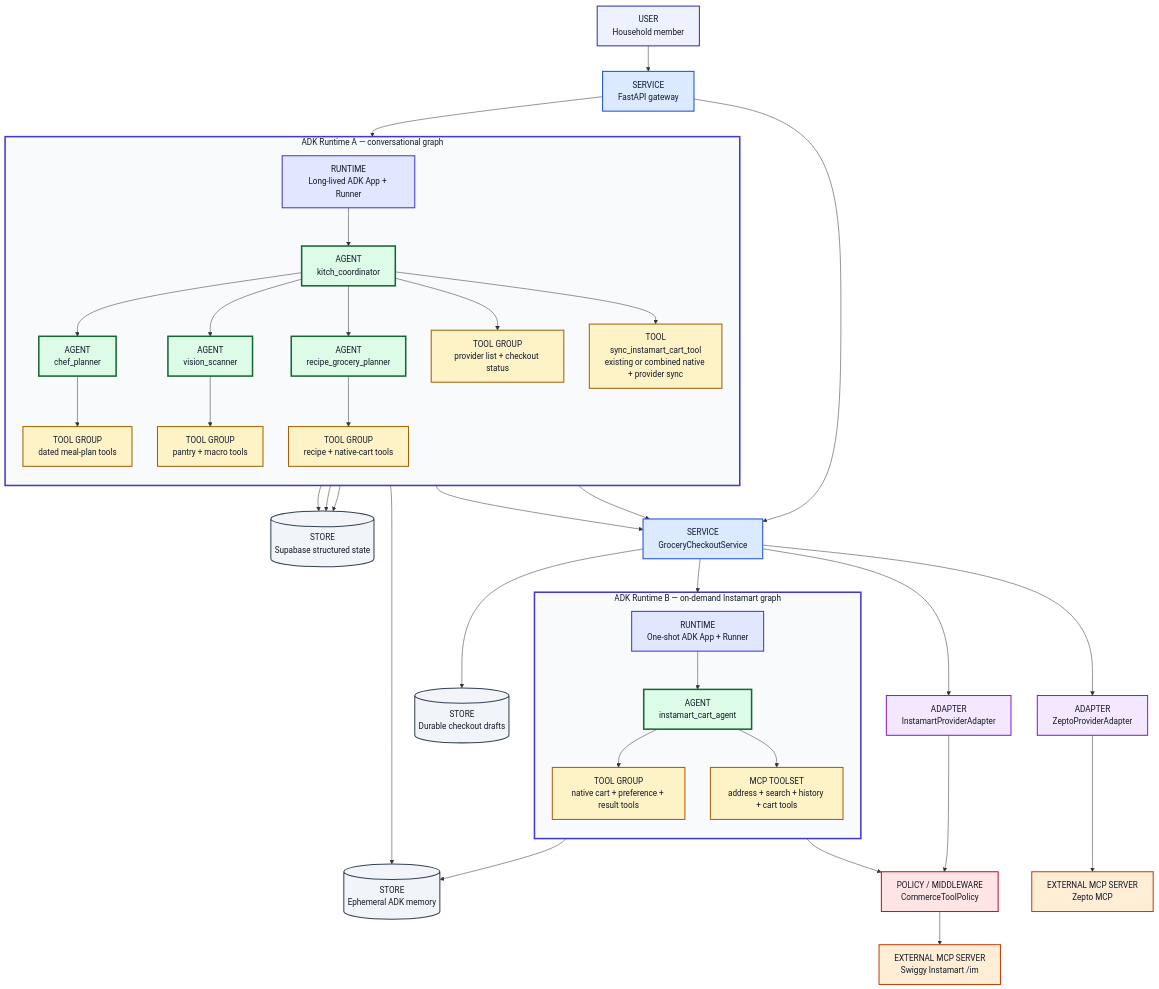
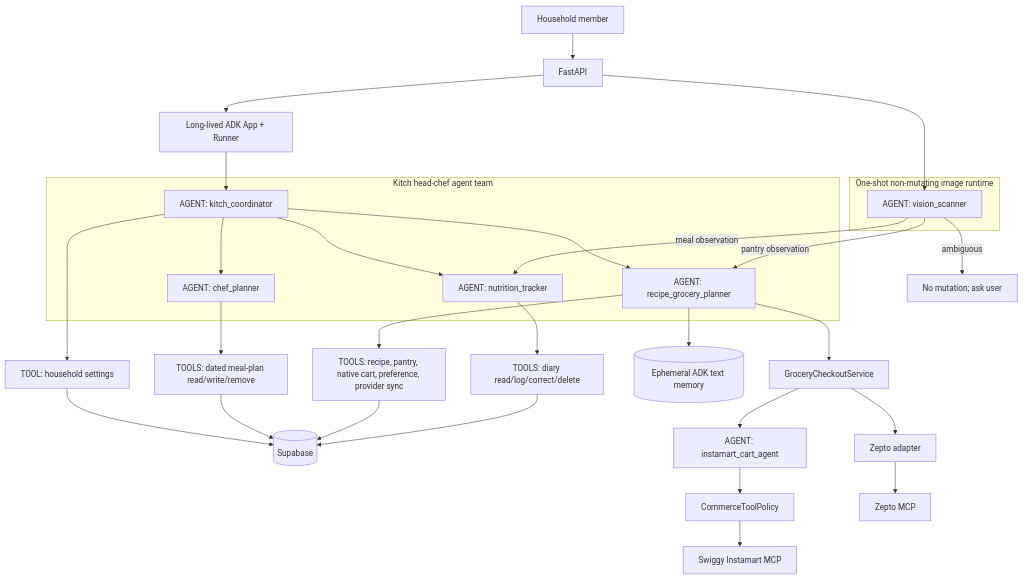
One commit to architworks/meal_and_grocery_agent changed the diagram in docs/ai_agent_architecture.md. Above: the diagram before and after it, drawn with Mermaid. The commit also changed other lines of this file and 26 other files, not shown here.

First line of the commit message:
[feat] Add head-chef capabilities and complete pantry management

````diff
--- a/docs/ai_agent_architecture.md
+++ b/docs/ai_agent_architecture.md
@@ -36,75 +7,37 @@
 ```mermaid
 flowchart TB
-    User["USER<br/>Household member"]:::user --> API["SERVICE<br/>FastAPI gateway"]:::service
-
-    subgraph MainADK["ADK Runtime A — conversational graph"]
-        direction TB
-        MainRunner["RUNTIME<br/>Long-lived ADK App + Runner"]:::runtime
-        Coordinator["AGENT<br/>kitch_coordinator"]:::agent
-        Chef["AGENT<br/>chef_planner"]:::agent
-        Vision["AGENT<br/>vision_scanner"]:::agent
-        RecipeGrocery["AGENT<br/>recipe_grocery_planner"]:::agent
-
-        MainRunner --> Coordinator
+    User[Household member] --> API[FastAPI]
+    API --> MainRunner[Long-lived ADK App + Runner]
+    subgraph Team[Kitch head-chef agent team]
+        Coordinator[AGENT: kitch_coordinator]
+        Chef[AGENT: chef_planner]
+        Recipe[AGENT: recipe_grocery_planner]
+        Nutrition[AGENT: nutrition_tracker]
         Coordinator --> Chef
-        Coordinator --> Vision
-        Coordinator --> RecipeGrocery
-
-        MealTools["TOOL GROUP<br/>dated meal-plan tools"]:::tool
-        VisionTools["TOOL GROUP<br/>pantry + macro tools"]:::tool
-        RecipeTools["TOOL GROUP<br/>recipe + native-cart tools"]:::tool
-        ProviderReadTools["TOOL GROUP<br/>provider list + checkout status"]:::tool
-        SyncInstamart["TOOL<br/>sync_instamart_cart_tool<br/>existing or combined native + provider sync"]:::tool
-
-        Chef --> MealTools
-        Vision --> VisionTools
-        RecipeGrocery --> RecipeTools
-        Coordinator --> ProviderReadTools
-        Coordinator --> SyncInstamart
+        Coordinator --> Recipe
+        Coordinator --> Nutrition
     end
-
-    API --> MainRunner
-
-    MealTools --> Supabase[("STORE<br/>Supabase structured state")]:::store
-    VisionTools --> Supabase
-    RecipeTools --> Supabase
-    RecipeTools --> Memory[("STORE<br/>Ephemeral ADK memory")]:::store
-    ProviderReadTools --> Checkout["SERVICE<br/>GroceryCheckoutService"]:::service
-    API --> Checkout
-    SyncInstamart --> Checkout
-    Checkout --> Drafts[("STORE<br/>Durable checkout drafts")]:::store
-
-    subgraph CommerceADK["ADK Runtime B — on-demand Instamart graph"]
-        direction TB
-        CommerceRunner["RUNTIME<br/>One-shot ADK App + Runner"]:::runtime
-        InstamartAgent["AGENT<br/>instamart_cart_agent"]:::agent
-        LocalCommerceTools["TOOL GROUP<br/>native cart + preference + result tools"]:::tool
-        InstamartMCPTools["MCP TOOLSET<br/>address + search + history + cart tools"]:::tool
-
-        CommerceRunner --> InstamartAgent
-        InstamartAgent --> LocalCommerceTools
-        InstamartAgent --> InstamartMCPTools
+    MainRunner --> Coordinator
+    Coordinator --> Settings[TOOL: household settings]
+    Chef --> MealTools[TOOLS: dated meal-plan read/write/remove]
+    Recipe --> KitchenTools[TOOLS: recipe, pantry, native cart, preference, provider sync]
+    Nutrition --> NutritionTools[TOOLS: diary read/log/correct/delete]
+    Settings --> Supabase[(Supabase)]
+    MealTools --> Supabase
+    KitchenTools --> Supabase
+    NutritionTools --> Supabase
+    Recipe --> Memory[(Ephemeral ADK text memory)]
+    subgraph VisionRuntime[One-shot non-mutating image runtime]
+        Vision[AGENT: vision_scanner]
     end
-
-    Checkout --> CommerceRunner
-    LocalCommerceTools --> Memory
-    InstamartMCPTools --> Policy["POLICY / MIDDLEWARE<br/>CommerceToolPolicy"]:::policy
-    Policy --> InstamartMCP["EXTERNAL MCP SERVER<br/>Swiggy Instamart /im"]:::external
-
-    Checkout --> InstamartAdapter["ADAPTER<br/>InstamartProviderAdapter"]:::adapter
-    InstamartAdapter --> Policy
-    Checkout --> ZeptoAdapter["ADAPTER<br/>ZeptoProviderAdapter"]:::adapter
-    ZeptoAdapter --> ZeptoMCP["EXTERNAL MCP SERVER<br/>Zepto MCP"]:::external
-
-    classDef user fill:#eef2ff,stroke:#3730a3,stroke-width:2px,color:#111827;
-    classDef agent fill:#dcfce7,stroke:#166534,stroke-width:3px,color:#111827;
-    classDef tool fill:#fef3c7,stroke:#a16207,stroke-width:2px,color:#111827;
-    classDef service fill:#dbeafe,stroke:#1d4ed8,stroke-width:2px,color:#111827;
-    classDef runtime fill:#e0e7ff,stroke:#4338ca,stroke-width:2px,color:#111827;
-    classDef adapter fill:#f3e8ff,stroke:#7e22ce,stroke-width:2px,color:#111827;
-    classDef policy fill:#ffe4e6,stroke:#be123c,stroke-width:2px,color:#111827;
-    classDef store fill:#f1f5f9,stroke:#334155,stroke-width:2px,color:#111827;
-    classDef external fill:#ffedd5,stroke:#c2410c,stroke-width:2px,color:#111827;
-    style MainADK fill:#f8fafc,stroke:#4338ca,stroke-width:3px,color:#111827;
-    style CommerceADK fill:#f8fafc,stroke:#4338ca,stroke-width:3px,color:#111827;
+    API --> Vision
+    Vision -->|meal observation| Nutrition
+    Vision -->|pantry observation| Recipe
+    Vision -->|ambiguous| Clarify[No mutation; ask user]
+    Recipe --> Checkout[GroceryCheckoutService]
+    Checkout --> InstamartAgent[AGENT: instamart_cart_agent]
+    InstamartAgent --> Policy[CommerceToolPolicy]
+    Policy --> InstamartMCP[Swiggy Instamart MCP]
+    Checkout --> ZeptoAdapter[Zepto adapter]
+    ZeptoAdapter --> ZeptoMCP[Zepto MCP]
 ```
````
